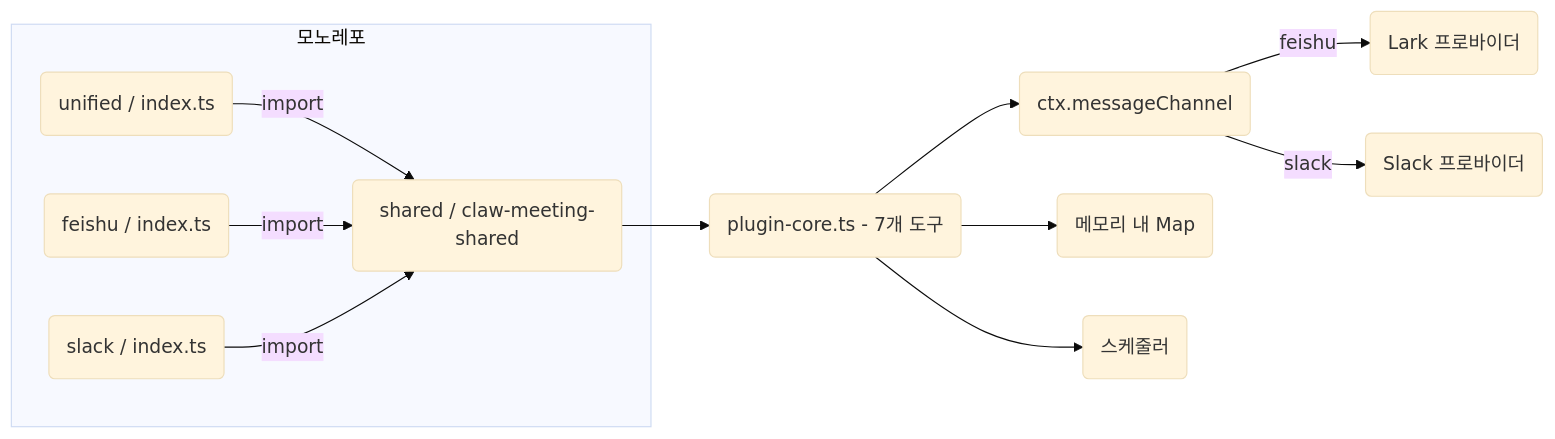
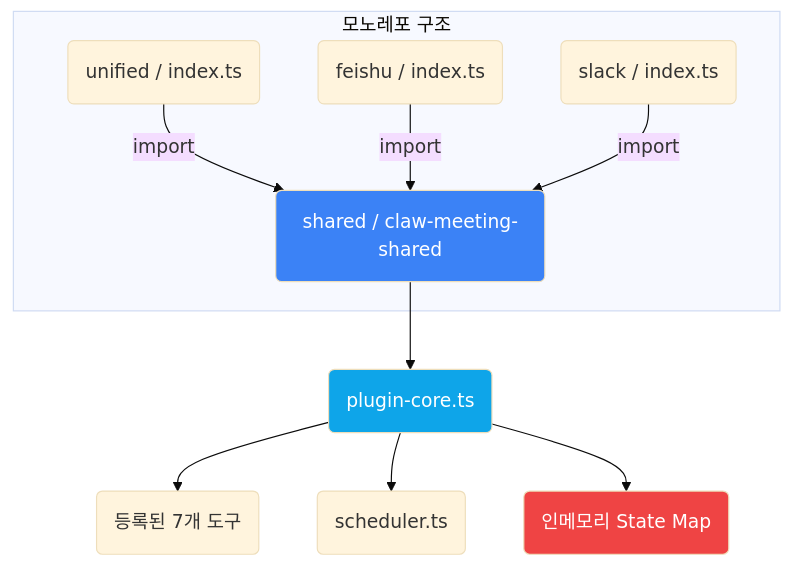
One commit to javana3/claw_meeting_all changed the first of 13 diagrams in README.ko.md. Above: the diagram before and after it, drawn with Mermaid (base theme). The commit also changed other lines of this file and 4 other files, not shown here.

First line of the commit message:
docs: rewrite all 5 READMEs with detailed Plugin/Skill flow + diff

````diff
--- a/README.ko.md
+++ b/README.ko.md
@@ -53,20 +31,22 @@
 ```mermaid
-graph LR
-    subgraph "모노레포"
+graph TD
+    subgraph "모노레포 구조"
         SHARED(shared / claw-meeting-shared)
         UNI(unified / index.ts)
         FEI(feishu / index.ts)
         SLK(slack / index.ts)
     end
 
     UNI -->|import| SHARED
     FEI -->|import| SHARED
     SLK -->|import| SHARED
 
-    SHARED --> CORE(plugin-core.ts - 7개 도구)
-    CORE --> ROUTER(ctx.messageChannel)
-    ROUTER -->|feishu| LP(Lark 프로바이더)
-    ROUTER -->|slack| SP(Slack 프로바이더)
-    CORE --> MEM(메모리 내 Map)
-    CORE --> SCH(스케줄러)
+    SHARED --> CORE(plugin-core.ts)
+    CORE --> TOOLS(등록된 7개 도구)
+    CORE --> SCHED(scheduler.ts)
+    CORE --> STATE(인메모리 State Map)
+
+    style SHARED fill:#3b82f6,color:#fff
+    style CORE fill:#0ea5e9,color:#fff
+    style STATE fill:#ef4444,color:#fff
 ```
````
